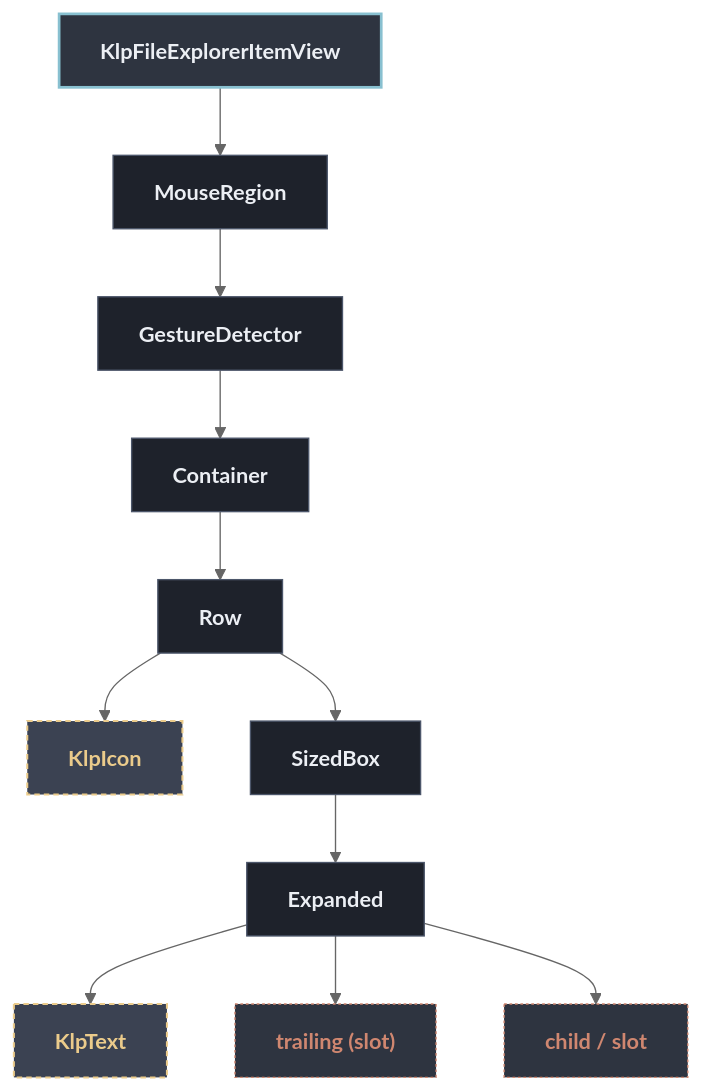
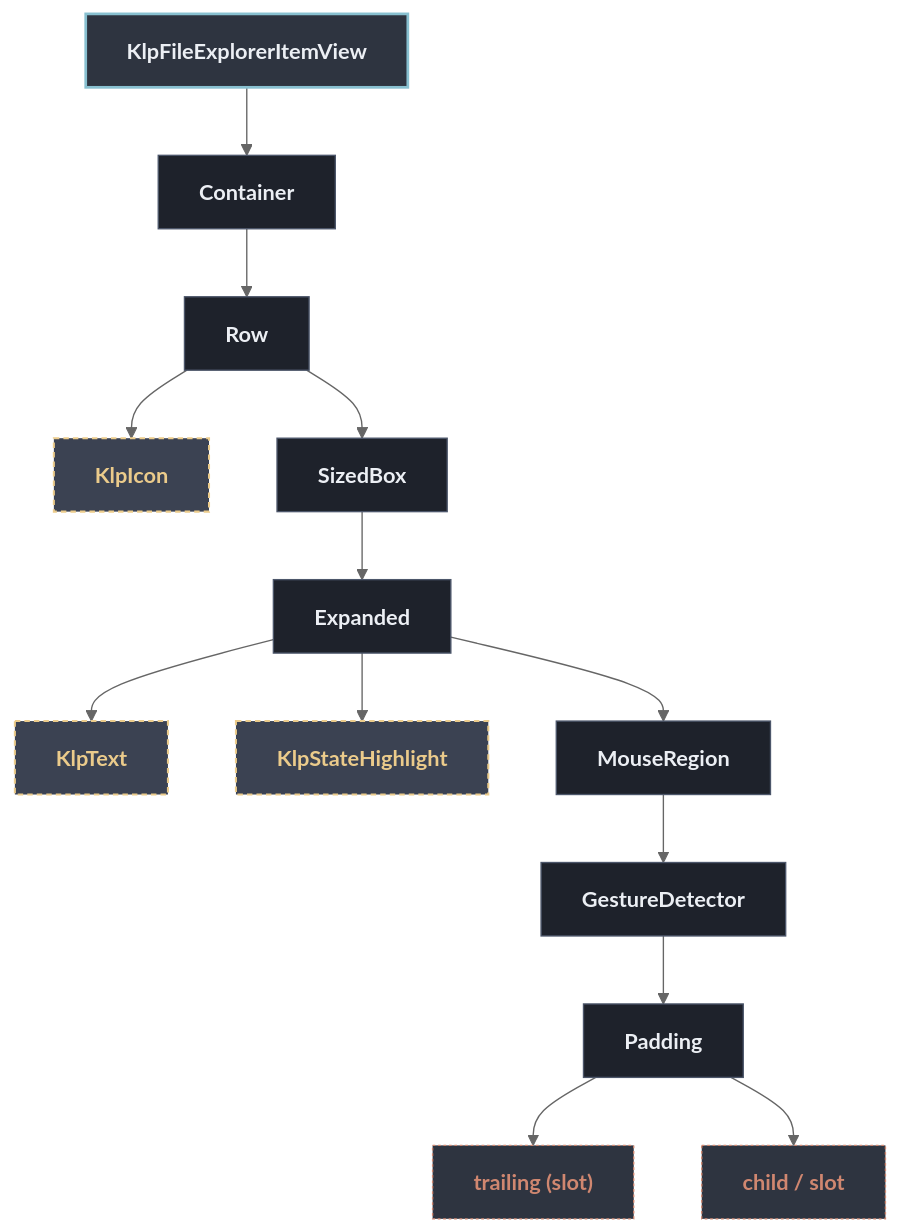
Before and after one commit to MiuDog/Kallopis: the diagram in docs/architecture/components/navigation/klp_file_explorer_item_view.md, drawn with Mermaid (neutral theme). The commit also changed other lines of this file and 1105 other files, not shown here.

Commit message:
refactor: establish semantic design architecture

````diff
--- a/docs/architecture/components/navigation/klp_file_explorer_item_view.md
+++ b/docs/architecture/components/navigation/klp_file_explorer_item_view.md
@@ -13,30 +13,34 @@
 ```mermaid
 flowchart TD
   classDef default fill:#1E222B,stroke:#4C566A,stroke-width:1px,color:#ECEFF4;
   classDef root fill:#2E3440,stroke:#88C0D0,stroke-width:2px,color:#ECEFF4,font-weight:bold;
   classDef reference fill:#3B4252,stroke:#EBCB8B,stroke-width:1.5px,stroke-dasharray: 4 3,color:#EBCB8B;
   classDef container fill:#2E3440,stroke:#A3BE8C,stroke-width:1.5px,color:#A3BE8C;
   classDef slot fill:#2E3440,stroke:#D08770,stroke-width:1px,stroke-dasharray: 2 2,color:#D08770;
 
   root["KlpFileExplorerItemView"]:::root
-  n1["MouseRegion"]
+  n1["Container"]
   root --> n1
-  n2["GestureDetector"]
+  n2["Row"]
   n1 --> n2
-  n3["Container"]
+  n3["KlpIcon"]:::reference
   n2 --> n3
-  n4["Row"]
-  n3 --> n4
-  n5["KlpIcon"]:::reference
+  n4["SizedBox"]
+  n2 --> n4
+  n5["Expanded"]
   n4 --> n5
-  n6["SizedBox"]
-  n4 --> n6
-  n7["Expanded"]
-  n6 --> n7
-  n8["KlpText"]:::reference
-  n7 --> n8
-  n9["trailing (slot)"]:::slot
-  n7 --> n9
-  n10["child / slot"]:::slot
-  n7 --> n10
+  n6["KlpText"]:::reference
+  n5 --> n6
+  n7["KlpStateHighlight"]:::reference
+  n5 --> n7
+  n8["MouseRegion"]
+  n5 --> n8
+  n9["GestureDetector"]
+  n8 --> n9
+  n10["Padding"]
+  n9 --> n10
+  n11["trailing (slot)"]:::slot
+  n10 --> n11
+  n12["child / slot"]:::slot
+  n10 --> n12
 ```
````
